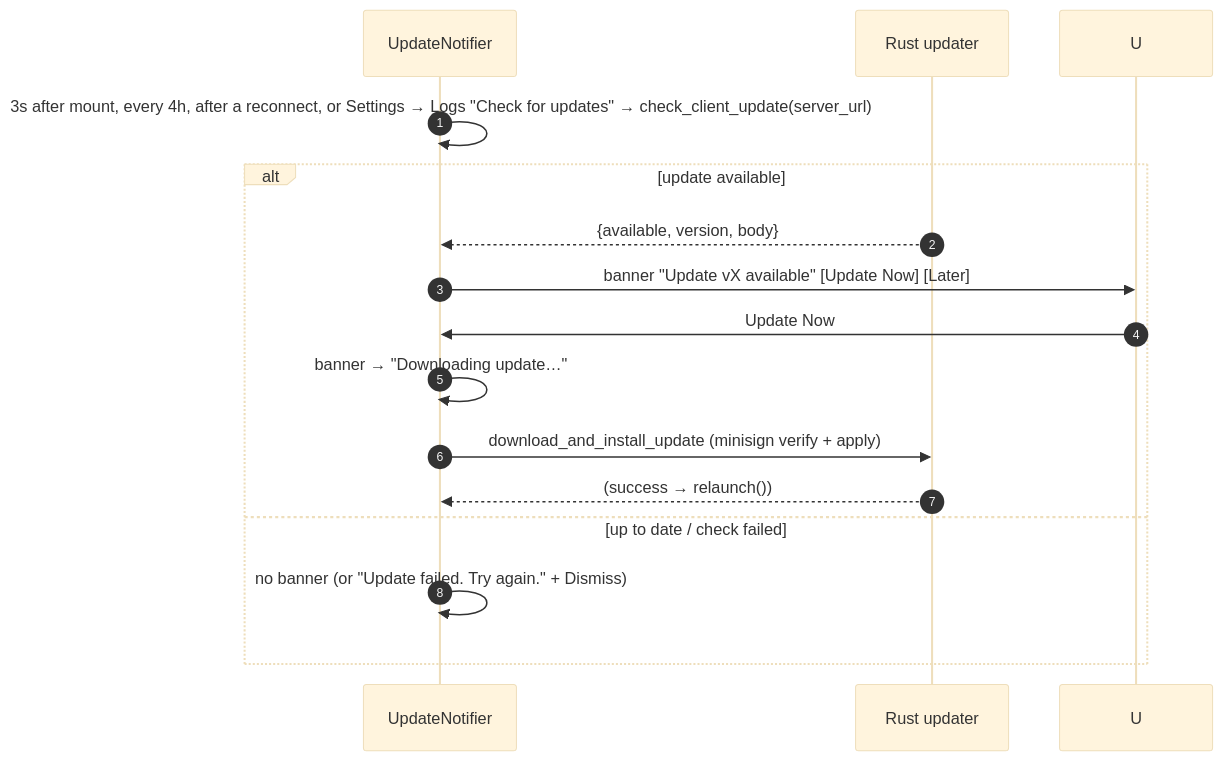
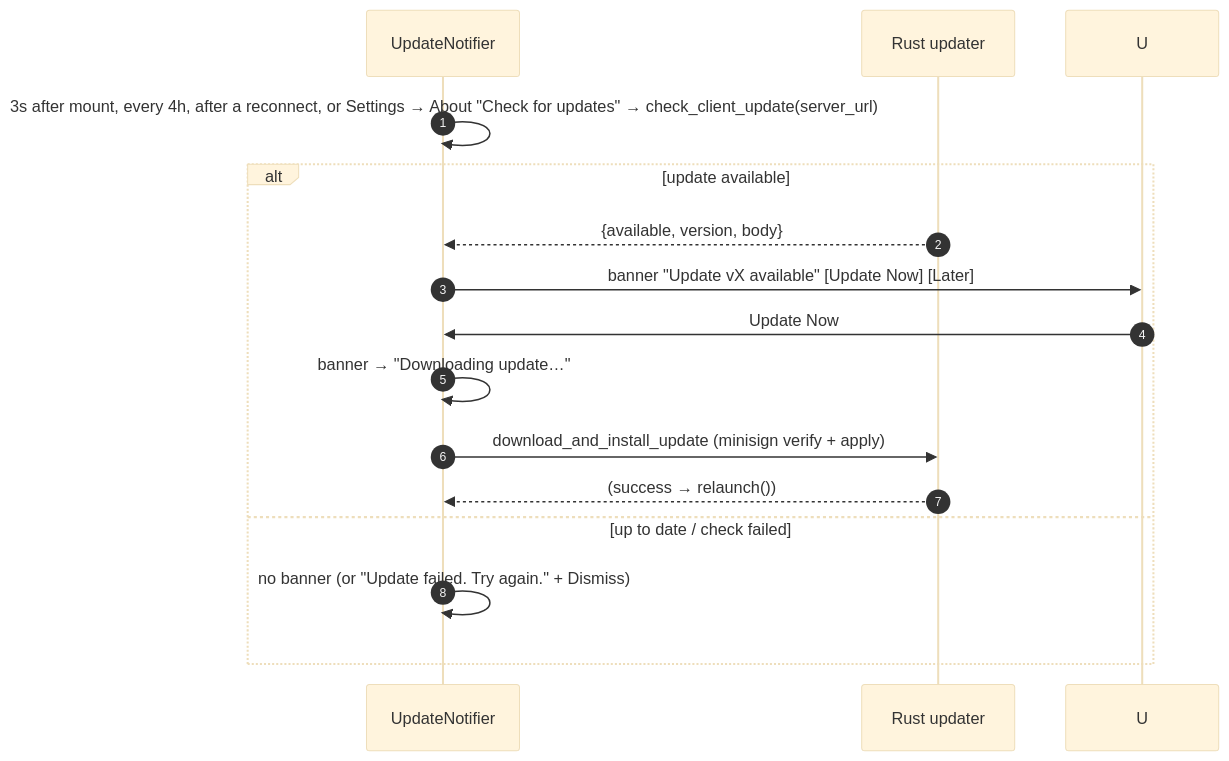
The second of 2 diagrams in docs/architecture/ux/settings-and-admin.md (J3vb/OwnCord), drawn with Mermaid (base theme) before and after one commit. The commit also changed other lines of this file and 1 other file, not shown here.

First line of the commit message:
docs: the update check and client version moved to Settings › About

````diff
--- a/docs/architecture/ux/settings-and-admin.md
+++ b/docs/architecture/ux/settings-and-admin.md
@@ -183,17 +187,17 @@
 ```mermaid
 sequenceDiagram
     autonumber
     participant N as UpdateNotifier
     participant R as Rust updater
-    N->>N: 3s after mount, every 4h, after a reconnect, or Settings → Logs "Check for updates" → check_client_update(server_url)
+    N->>N: 3s after mount, every 4h, after a reconnect, or Settings → About "Check for updates" → check_client_update(server_url)
     alt update available
         R-->>N: {available, version, body}
         N->>U: banner "Update vX available" [Update Now] [Later]
         U->>N: Update Now
         N->>N: banner → "Downloading update…"
         N->>R: download_and_install_update (minisign verify + apply)
         R-->>N: (success → relaunch())
     else up to date / check failed
         N->>N: no banner (or "Update failed. Try again." + Dismiss)
     end
 ```
````
